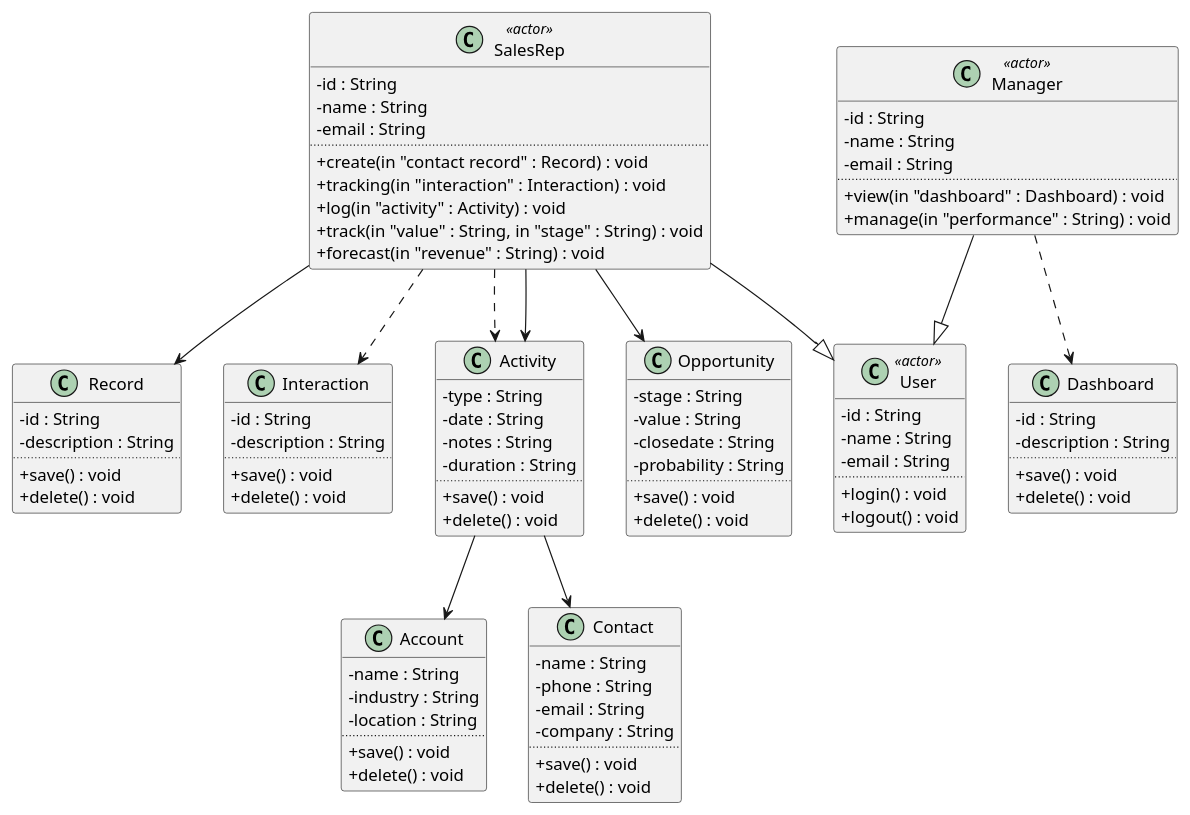
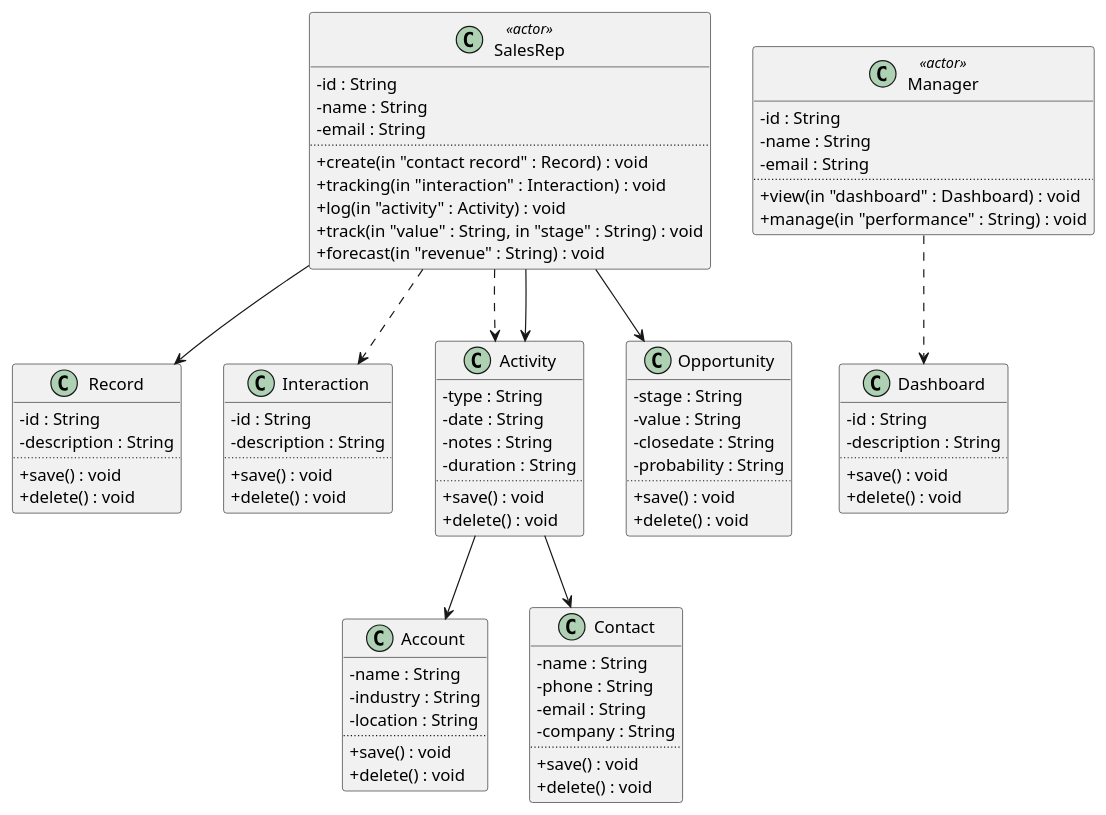
Before and after one commit to qamaruddin-qureshi/fyp-uml-diagram-generator: the diagram in user_stories/golden_puml/class_test_CRM_System.puml, drawn with PlantUML. The commit also changed 3 other files, not shown here.

```diff
--- a/user_stories/golden_puml/class_test_CRM_System.puml
+++ b/user_stories/golden_puml/class_test_CRM_System.puml
@@ -1,96 +1,86 @@
 @startuml
 skinparam classAttributeIconSize 0
 class "SalesRep" as SalesRep <<actor>> {
   -id : String
   -name : String
   -email : String
   ..
   +create(in "contact record" : Record) : void
   +tracking(in "interaction" : Interaction) : void
   +log(in "activity" : Activity) : void
   +track(in "value" : String, in "stage" : String) : void
   +forecast(in "revenue" : String) : void
 }
 class "Record" as Record  {
   -id : String
   -description : String
   ..
   +save() : void
   +delete() : void
 }
 class "Interaction" as Interaction  {
   -id : String
   -description : String
   ..
   +save() : void
   +delete() : void
-}
-class "User" as User <<actor>> {
-  -id : String
-  -name : String
-  -email : String
-  ..
-  +login() : void
-  +logout() : void
 }
 class "Account" as Account  {
   -name : String
   -industry : String
   -location : String
   ..
   +save() : void
   +delete() : void
 }
 class "Activity" as Activity  {
   -type : String
   -date : String
   -notes : String
   -duration : String
   ..
   +save() : void
   +delete() : void
 }
 class "Contact" as Contact  {
   -name : String
   -phone : String
   -email : String
   -company : String
   ..
   +save() : void
   +delete() : void
 }
 class "Opportunity" as Opportunity  {
   -stage : String
   -value : String
   -closedate : String
   -probability : String
   ..
   +save() : void
   +delete() : void
 }
 class "Manager" as Manager <<actor>> {
   -id : String
   -name : String
   -email : String
   ..
   +view(in "dashboard" : Dashboard) : void
   +manage(in "performance" : String) : void
 }
 class "Dashboard" as Dashboard  {
   -id : String
   -description : String
   ..
   +save() : void
   +delete() : void
 }
 SalesRep --> Record
 SalesRep ..> Interaction
-SalesRep --|> User
 SalesRep ..> Activity
 SalesRep --> Activity
 Activity --> Contact
 Activity --> Account
 SalesRep --> Opportunity
 Manager ..> Dashboard
-Manager --|> User
 @enduml
```
